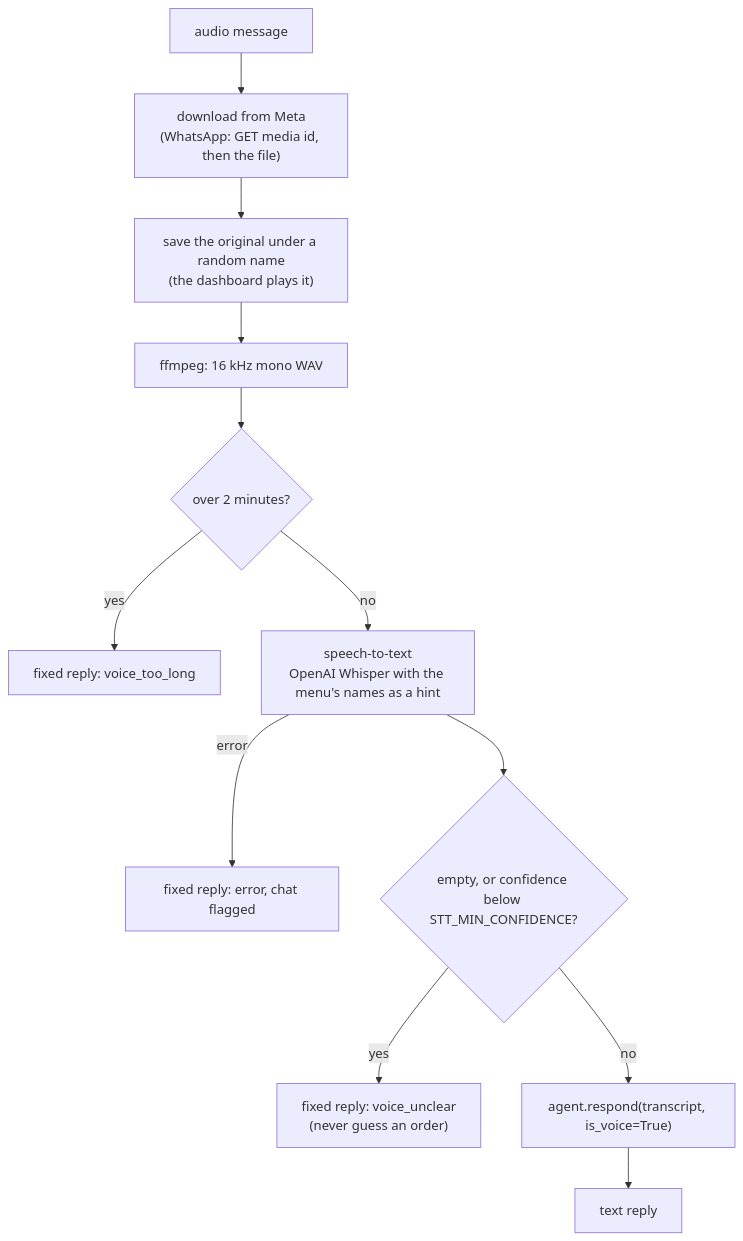
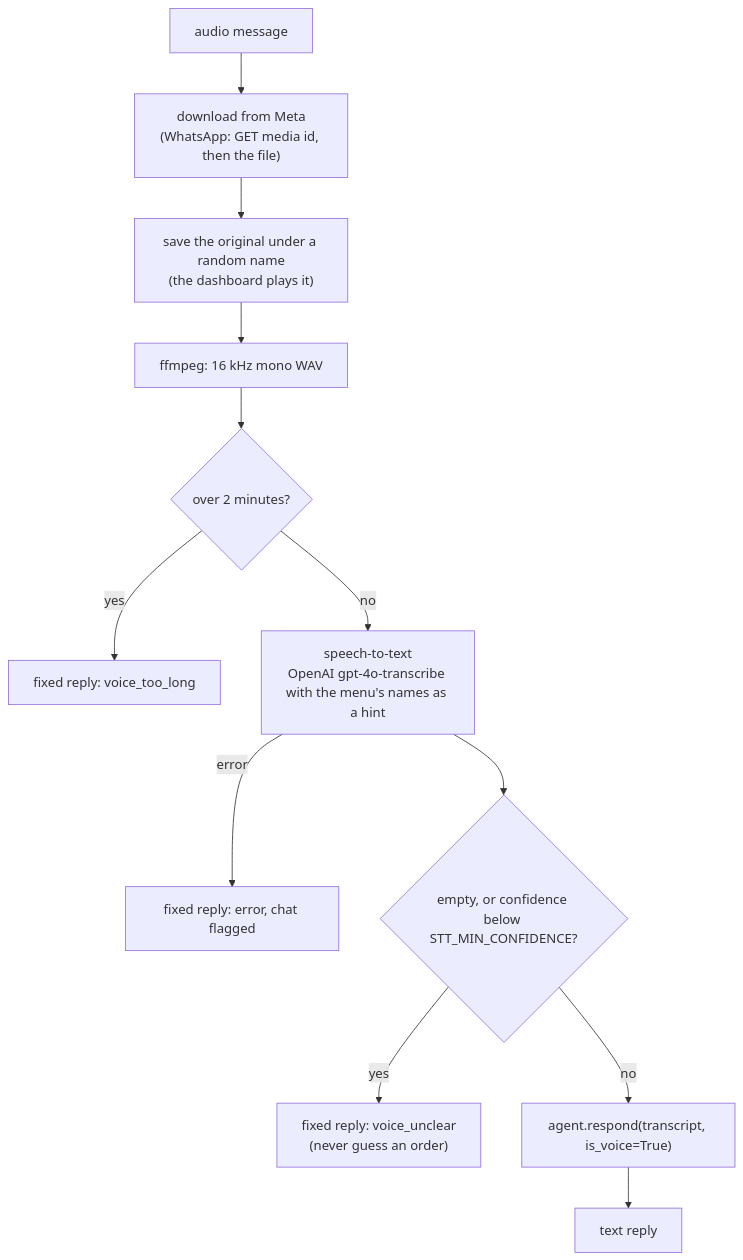
Diagram 16 of 25 in README.md (NiloyBhattacharjee/MITUai), drawn with Mermaid before and after one commit. The commit also changed other lines of this file and 3 other files, not shown here.

First line of the commit message:
Understand Bangla voice notes: default to gpt-4o-transcribe, with a per-business language hint

````diff
--- a/README.md
+++ b/README.md
@@ -611,14 +611,14 @@
 ```mermaid
 flowchart TD
     V["audio message"] --> DL["download from Meta<br/>(WhatsApp: GET media id, then the file)"]
     DL --> SAVE["save the original under a random name<br/>(the dashboard plays it)"]
     SAVE --> WAV["ffmpeg: 16 kHz mono WAV"]
     WAV --> LEN{"over 2 minutes?"}
     LEN -- "yes" --> TL["fixed reply: voice_too_long"]
-    LEN -- "no" --> STT["speech-to-text<br/>OpenAI Whisper with the menu's names as a hint"]
+    LEN -- "no" --> STT["speech-to-text<br/>OpenAI gpt-4o-transcribe with the menu's names as a hint"]
     STT -- "error" --> ER["fixed reply: error, chat flagged"]
     STT --> CF{"empty, or confidence below STT_MIN_CONFIDENCE?"}
     CF -- "yes" --> UN["fixed reply: voice_unclear<br/>(never guess an order)"]
     CF -- "no" --> AG["agent.respond(transcript, is_voice=True)"]
     AG --> TX["text reply"]
 ```
````
